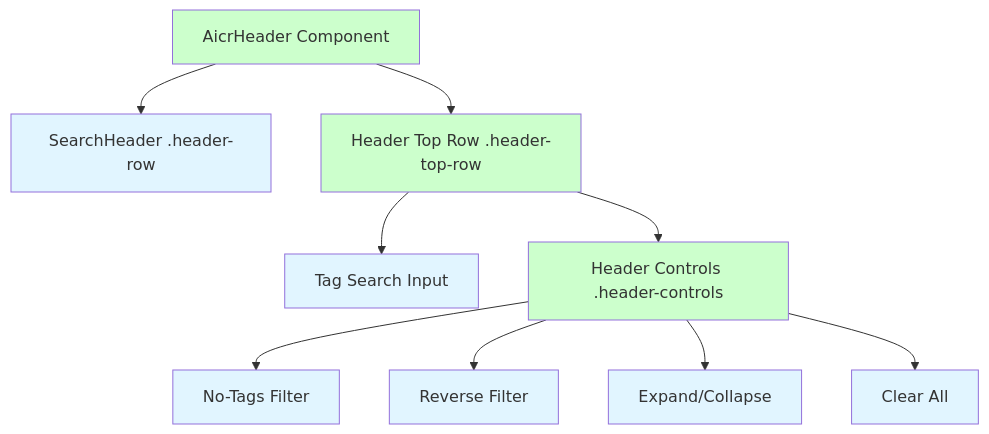
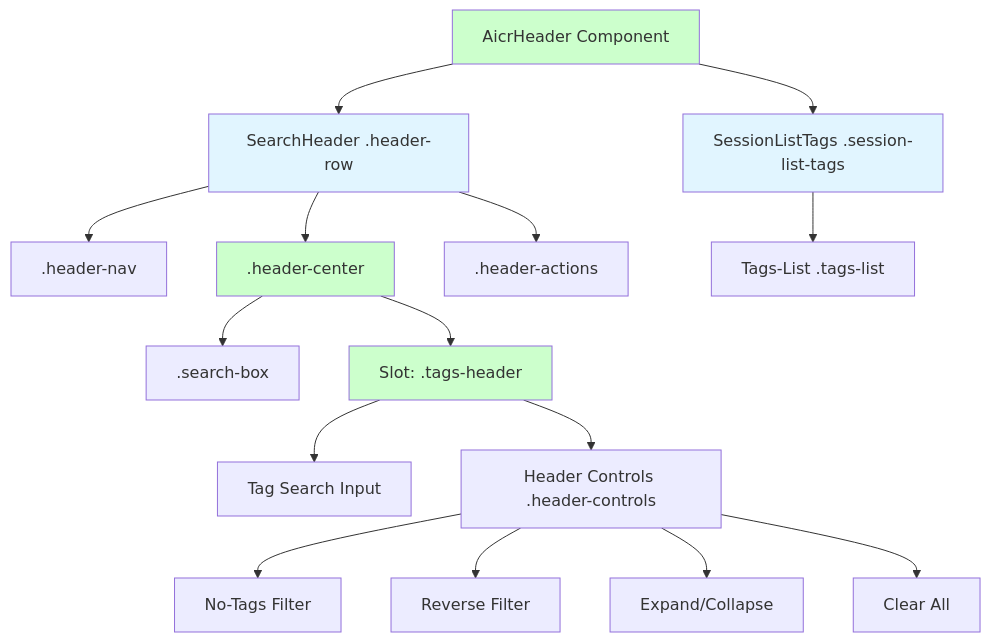
The first of 4 diagrams in docs/header-top-row-redesign/02_requirement-tasks.md (effiy/YiWeb), drawn with Mermaid before and after one commit. The commit also changed other lines of this file and 19 other files, not shown here.

First line of the commit message:
feat: header top row redesign — finalize layout and documentation

````diff
--- a/docs/header-top-row-redesign/02_requirement-tasks.md
+++ b/docs/header-top-row-redesign/02_requirement-tasks.md
@@ -30,20 +30,22 @@
 ```mermaid
 graph TB
     A["AicrHeader Component"] --> B["SearchHeader .header-row"]
-    A --> C["Header Top Row .header-top-row"]
-    C --> D["Tag Search Input"]
-    C --> E["Header Controls .header-controls"]
-    E --> E1["No-Tags Filter"]
-    E --> E2["Reverse Filter"]
-    E --> E3["Expand/Collapse"]
-    E --> E4["Clear All"]
+    B --> B1[".header-nav"]
+    B --> B2[".header-center"]
+    B2 --> B2a[".search-box"]
+    B2 --> B2b["Slot: .tags-header"]
+    B2b --> B2b1["Tag Search Input"]
+    B2b --> B2b2["Header Controls .header-controls"]
+    B2b2 --> B2b2a["No-Tags Filter"]
+    B2b2 --> B2b2b["Reverse Filter"]
+    B2b2 --> B2b2c["Expand/Collapse"]
+    B2b2 --> B2b2d["Clear All"]
+    B --> B3[".header-actions"]
+    A --> C["SessionListTags .session-list-tags"]
+    C --> C1["Tags-List .tags-list"]
     style A fill:#ccffcc
     style B fill:#e1f5ff
-    style C fill:#ccffcc
-    style D fill:#e1f5ff
-    style E fill:#ccffcc
-    style E1 fill:#e1f5ff
-    style E2 fill:#e1f5ff
-    style E3 fill:#e1f5ff
-    style E4 fill:#e1f5ff
+    style B2 fill:#ccffcc
+    style B2b fill:#ccffcc
+    style C fill:#e1f5ff
 ```
````
